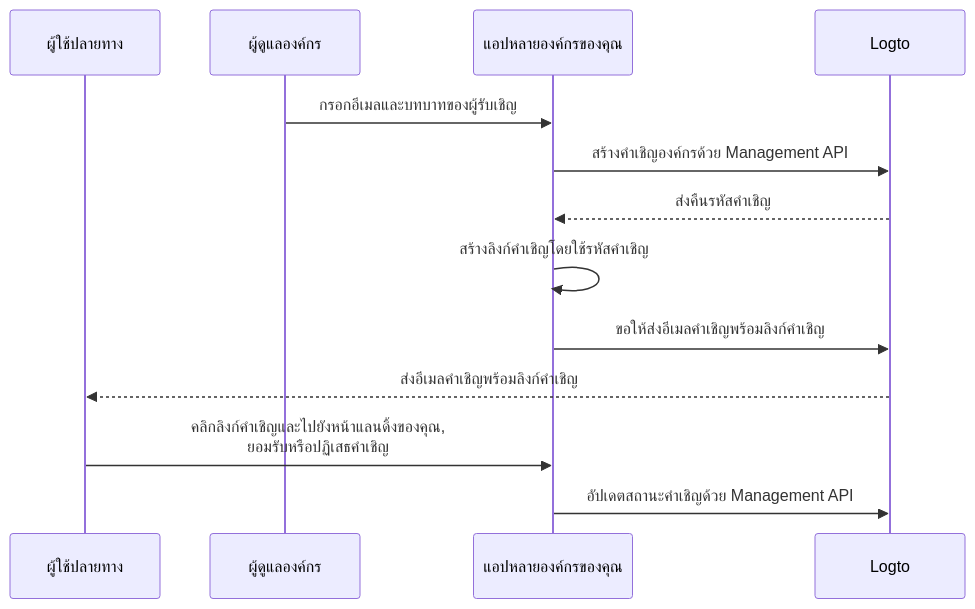
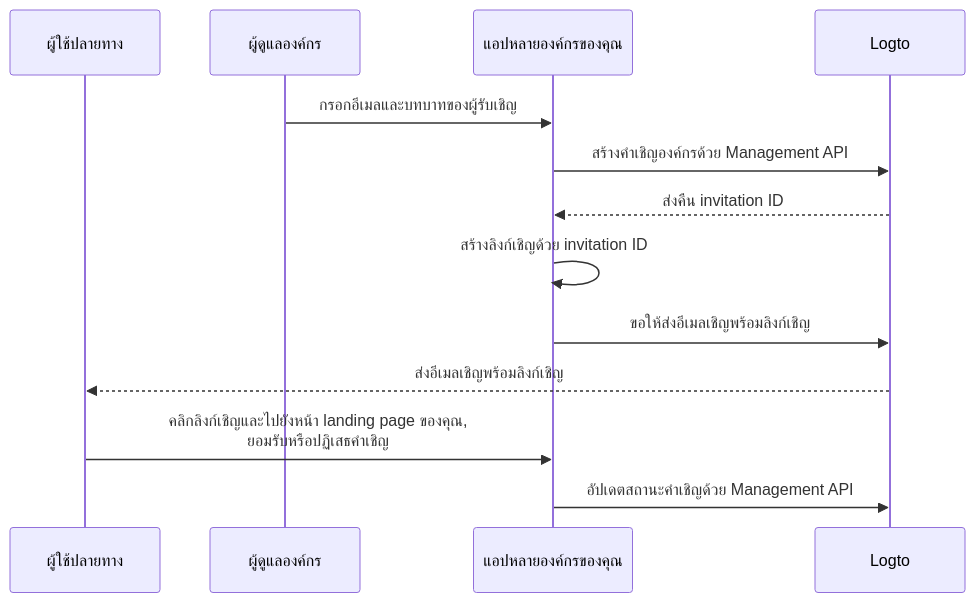
Before and after one commit to logto-io/docs: the diagram in i18n/th/docusaurus-plugin-content-docs/current/end-user-flows/organization-experience/invite-organization-members.mdx, drawn with Mermaid. The commit also changed other lines of this file and 54 other files, not shown here.

````diff
--- a/i18n/th/docusaurus-plugin-content-docs/current/end-user-flows/organization-experience/invite-organization-members.mdx
+++ b/i18n/th/docusaurus-plugin-content-docs/current/end-user-flows/organization-experience/invite-organization-members.mdx
@@ -13,16 +13,16 @@
 ```mermaid
 sequenceDiagram
 	Participant U as ผู้ใช้ปลายทาง
   Participant A as ผู้ดูแลองค์กร
   Participant C as แอปหลายองค์กรของคุณ
 	Participant L as Logto
 
   A ->> C: กรอกอีเมลและบทบาทของผู้รับเชิญ
   C ->> L: สร้างคำเชิญองค์กรด้วย Management API
-  L -->> C: ส่งคืนรหัสคำเชิญ
-  C ->> C: สร้างลิงก์คำเชิญโดยใช้รหัสคำเชิญ
-  C ->> L: ขอให้ส่งอีเมลคำเชิญพร้อมลิงก์คำเชิญ
-  L -->> U: ส่งอีเมลคำเชิญพร้อมลิงก์คำเชิญ
-  U ->> C: คลิกลิงก์คำเชิญและไปยังหน้าแลนดิ้งของคุณ,<br /> ยอมรับหรือปฏิเสธคำเชิญ
+  L -->> C: ส่งคืน invitation ID
+  C ->> C: สร้างลิงก์เชิญด้วย invitation ID
+  C ->> L: ขอให้ส่งอีเมลเชิญพร้อมลิงก์เชิญ
+  L -->> U: ส่งอีเมลเชิญพร้อมลิงก์เชิญ
+  U ->> C: คลิกลิงก์เชิญและไปยังหน้า landing page ของคุณ,<br /> ยอมรับหรือปฏิเสธคำเชิญ
   C ->> L: อัปเดตสถานะคำเชิญด้วย Management API
 ```
````
